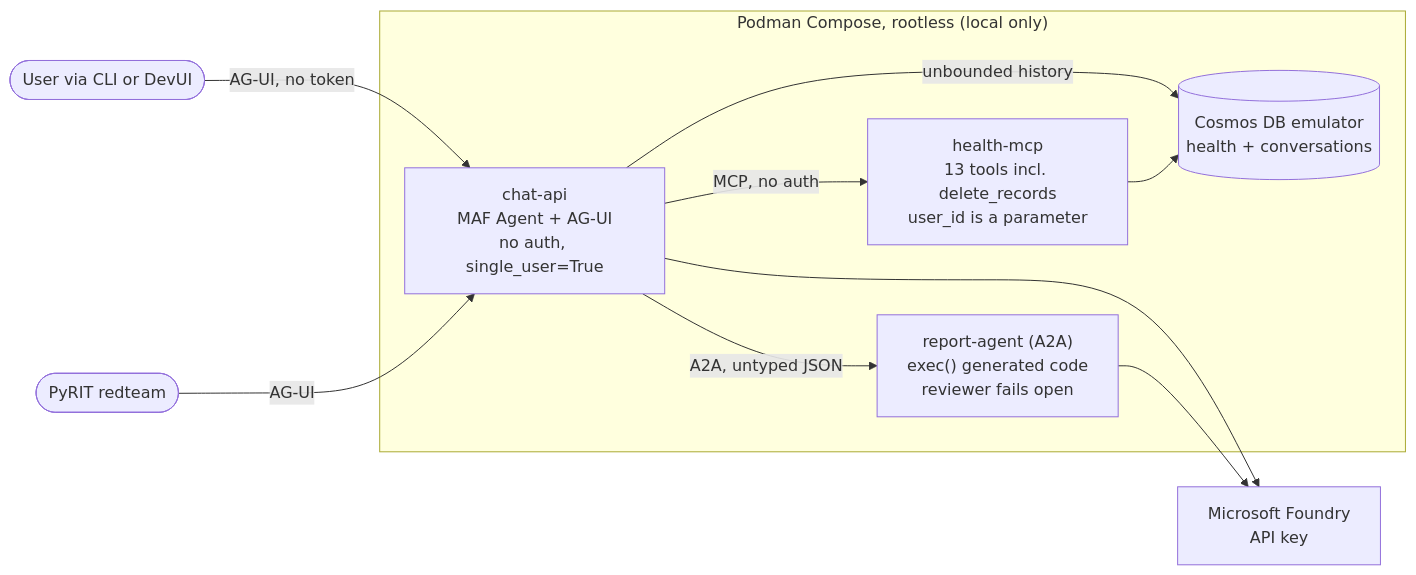
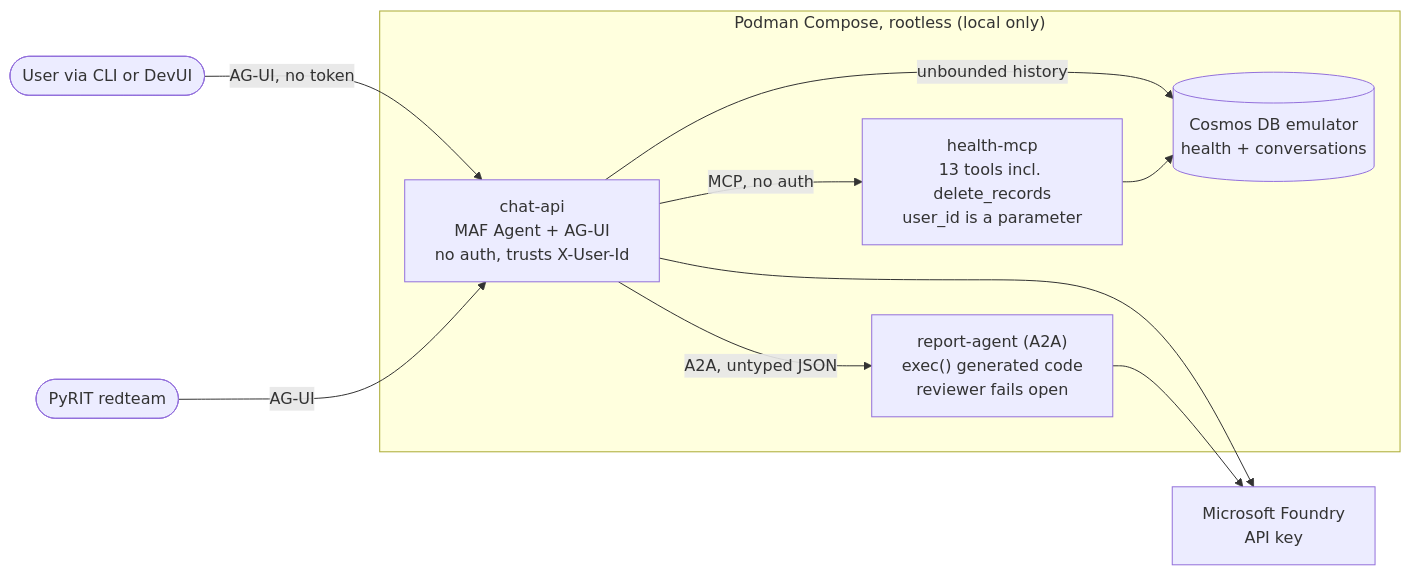
Before and after one commit to willvelida/owasp-agents-sample: the first of 6 diagrams in docs/architecture.md, drawn with Mermaid. The commit also changed other lines of this file and 20 other files, not shown here.

````diff
--- a/docs/architecture.md
+++ b/docs/architecture.md
@@ -36,23 +36,23 @@
 ```mermaid
 flowchart LR
     user([User via CLI or DevUI])
     pyrit([PyRIT redteam])
 
     subgraph compose["Podman Compose, rootless (local only)"]
-        chat["chat-api<br/>MAF Agent + AG-UI<br/>no auth, single_user=True"]
+        chat["chat-api<br/>MAF Agent + AG-UI<br/>no auth, trusts X-User-Id"]
         mcp["health-mcp<br/>13 tools incl. delete_records<br/>user_id is a parameter"]
         report["report-agent (A2A)<br/>exec() generated code<br/>reviewer fails open"]
         cosmos[("Cosmos DB emulator<br/>health + conversations")]
     end
 
     foundry["Microsoft Foundry<br/>API key"]
 
     user -->|"AG-UI, no token"| chat
     pyrit -->|"AG-UI"| chat
     chat -->|"MCP, no auth"| mcp
     chat -->|"A2A, untyped JSON"| report
     chat -->|"unbounded history"| cosmos
     mcp --> cosmos
     chat --> foundry
     report --> foundry
 ```
````
